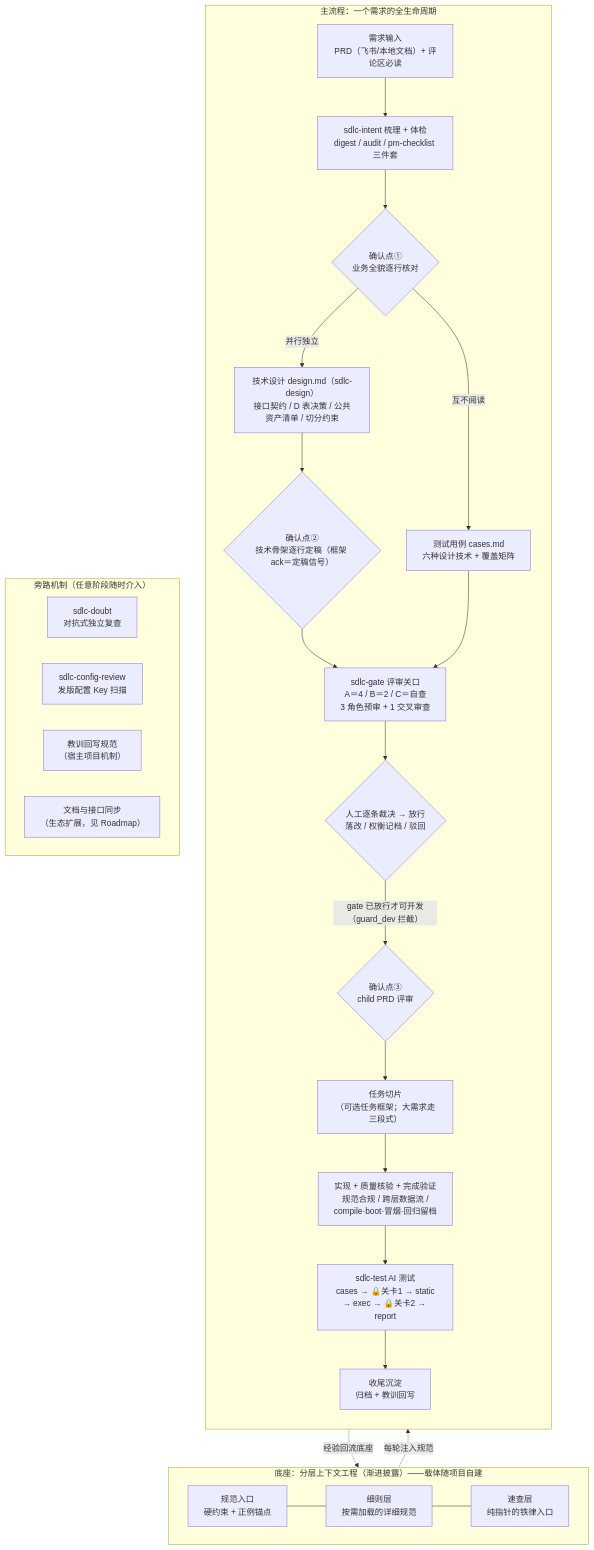
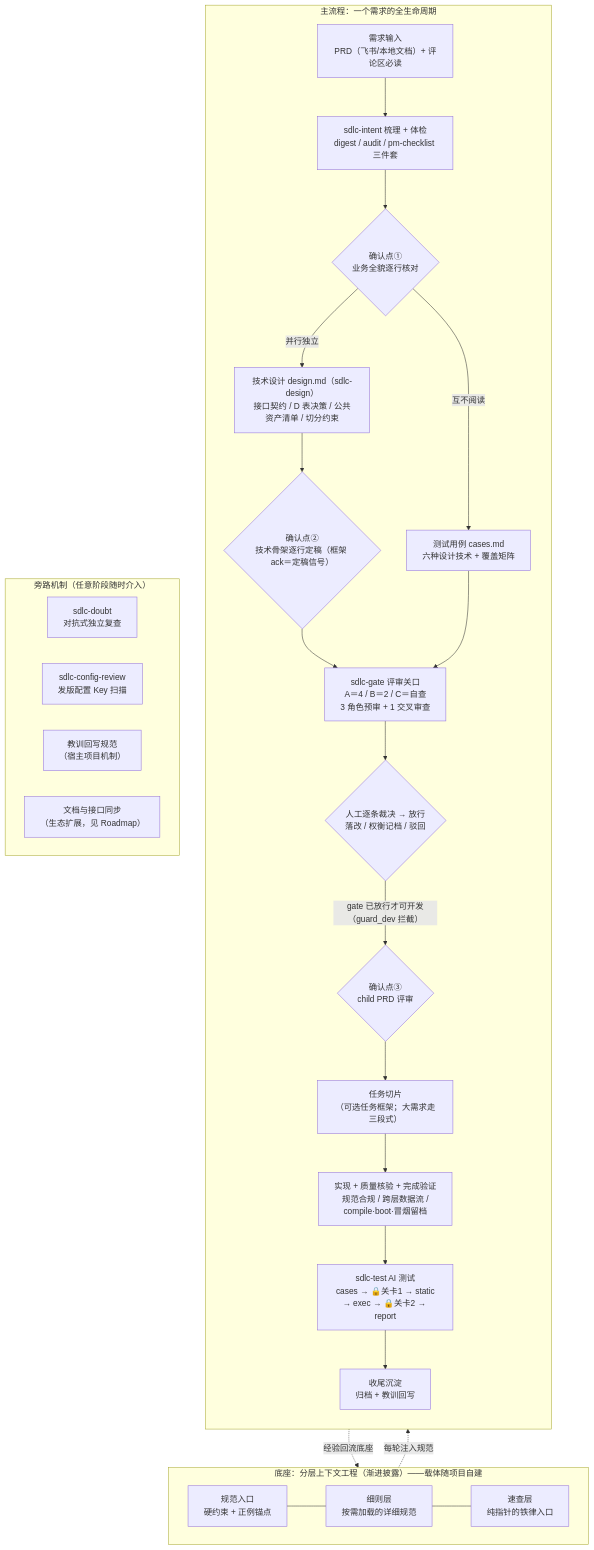
Before and after one commit to TsCarpe/claude-sdlc-skills: the first of 2 diagrams in docs/workflow.md, drawn with Mermaid. The commit also changed other lines of this file and 17 other files, not shown here.

First line of the commit message:
feat: v0.19.0 sdlc-test dev 验证去回归环节（compile/boot/冒烟三件套口径）+ 复盘坑位沉淀 + best-practices 对照修复

````diff
--- a/docs/workflow.md
+++ b/docs/workflow.md
@@ -13,36 +13,36 @@
 ```mermaid
 flowchart TB
     subgraph CTX["底座：分层上下文工程（渐进披露）——载体随项目自建"]
         direction LR
         A1["规范入口<br/>硬约束 + 正例锚点"] --- A2["细则层<br/>按需加载的详细规范"]
         A2 --- A3["速查层<br/>纯指针的铁律入口"]
     end
 
     subgraph MAIN["主流程：一个需求的全生命周期"]
         direction TB
         B1["需求输入<br/>PRD（飞书/本地文档）+ 评论区必读"] --> B2["sdlc-intent 梳理 + 体检<br/>digest / audit / pm-checklist 三件套"]
         B2 --> C1{"确认点①<br/>业务全貌逐行核对"}
         C1 -->|"并行独立"| B3a["技术设计 design.md（sdlc-design）<br/>接口契约 / D 表决策 / 公共资产清单 / 切分约束"]
         C1 -->|"互不阅读"| B3b["测试用例 cases.md<br/>六种设计技术 + 覆盖矩阵"]
         B3a --> C2a{"确认点②<br/>技术骨架逐行定稿（框架 ack＝定稿信号）"}
         C2a --> B4["sdlc-gate 评审关口<br/>A＝4 / B＝2 / C＝自查<br/>3 角色预审 + 1 交叉审查"]
         B3b --> B4
         B4 --> C2{"人工逐条裁决 → 放行<br/>落改 / 权衡记档 / 驳回"}
         C2 -->|"gate 已放行才可开发（guard_dev 拦截）"| C3{"确认点③<br/>child PRD 评审"}
         C3 --> B5["任务切片<br/>（可选任务框架；大需求走三段式）"]
-        B5 --> B6["实现 + 质量核验 + 完成验证<br/>规范合规 / 跨层数据流 /<br/>compile·boot·冒烟·回归留档"]
+        B5 --> B6["实现 + 质量核验 + 完成验证<br/>规范合规 / 跨层数据流 /<br/>compile·boot·冒烟留档"]
         B6 --> B7["sdlc-test AI 测试<br/>cases → 🔒关卡1 → static<br/>→ exec → 🔒关卡2 → report"]
         B7 --> B8["收尾沉淀<br/>归档 + 教训回写"]
     end
 
     subgraph SIDE["旁路机制（任意阶段随时介入）"]
         direction LR
         S1["sdlc-doubt<br/>对抗式独立复查"]
         S2["sdlc-config-review<br/>发版配置 Key 扫描"]
         S3["教训回写规范<br/>（宿主项目机制）"]
         S4["文档与接口同步<br/>（生态扩展，见 Roadmap）"]
     end
 
     CTX -. 每轮注入规范 .-> B5
     B8 -. 经验回流底座 .-> CTX
 ```
````
